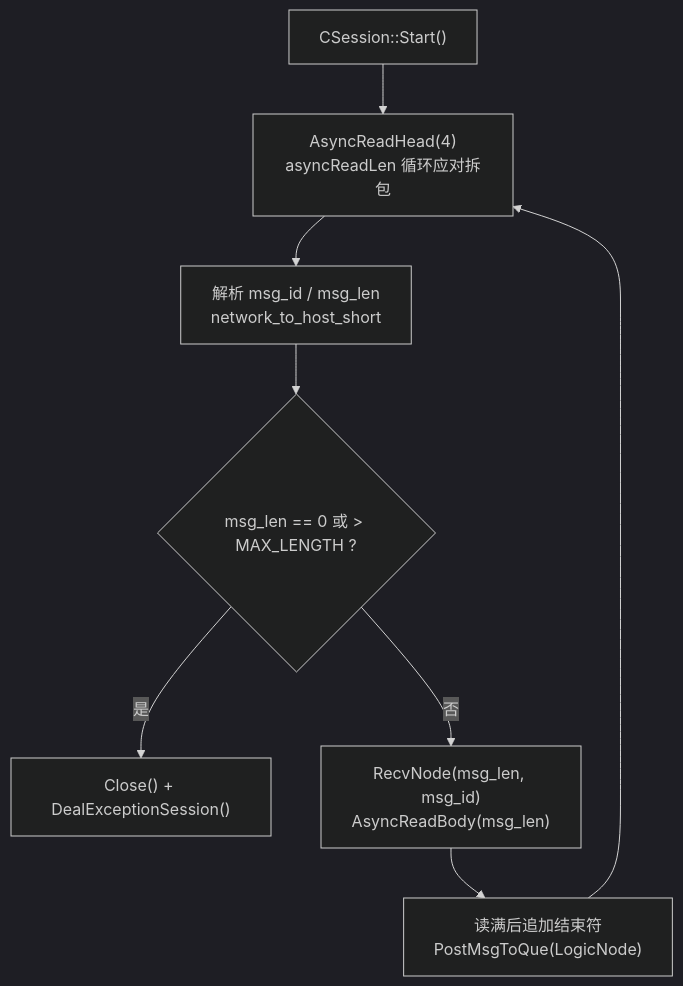
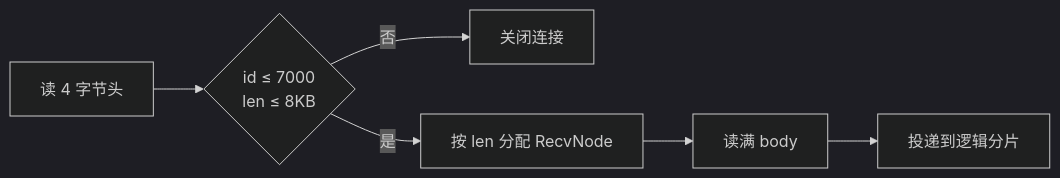
One commit to yrc920/yunjian changed the third of 8 diagrams in docs/09-chat-server.md. Above: the diagram before and after it, drawn with Mermaid (dark theme). The commit also changed other lines of this file and 49 other files, not shown here.

````diff
--- a/docs/09-chat-server.md
+++ b/docs/09-chat-server.md
@@ -55,10 +68,8 @@
 ```mermaid
-flowchart TB
-    A["CSession::Start()"] --> B["AsyncReadHead(4)<br/>asyncReadLen 循环应对拆包"]
-    B --> C["解析 msg_id / msg_len<br/>network_to_host_short"]
-    C --> D{"msg_len == 0 或 #gt; MAX_LENGTH ?"}
-    D -->|是| X["Close() + DealExceptionSession()"]
-    D -->|否| E["RecvNode(msg_len, msg_id)<br/>AsyncReadBody(msg_len)"]
-    E --> F["读满后追加结束符<br/>PostMsgToQue(LogicNode)"]
-    F --> B
+flowchart LR
+    A["读 4 字节头"] --> B{"id ≤ 7000<br/>len ≤ 8KB"}
+    B -->|"否"| X["关闭连接"]
+    B -->|"是"| C["按 len 分配 RecvNode"]
+    C --> D["读满 body"]
+    D --> E["投递到逻辑分片"]
 ```
````
